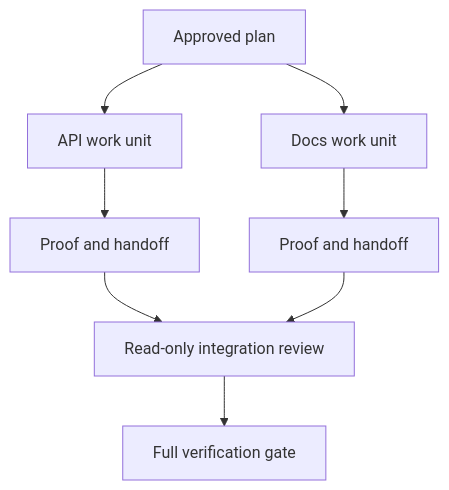
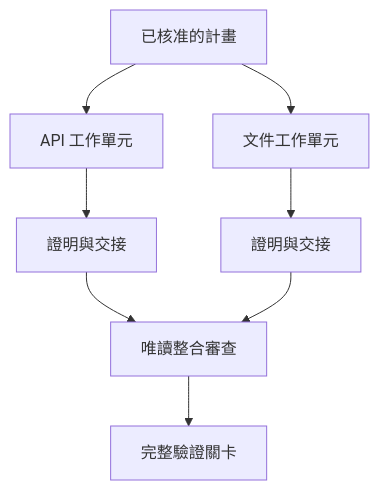
One commit to edward821220/ai-engineering-from-scratch changed the diagram in i18n/zh-TW/phases/14-agent-engineering/45-delegate-with-isolation/docs/zh-TW.md. Above: the diagram before and after it, drawn with Mermaid. The commit also changed other lines of this file and 43 other files, not shown here.

````diff
--- a/i18n/zh-TW/phases/14-agent-engineering/45-delegate-with-isolation/docs/zh-TW.md
+++ b/i18n/zh-TW/phases/14-agent-engineering/45-delegate-with-isolation/docs/zh-TW.md
@@ -51,10 +51,10 @@
 ```mermaid
 flowchart TD
-  P[Approved plan] --> A[API work unit]
-  P --> D[Docs work unit]
-  A --> H1[Proof and handoff]
-  D --> H2[Proof and handoff]
-  H1 --> R[Read-only integration review]
+  P[已核准的計畫] --> A[API 工作單元]
+  P --> D[文件工作單元]
+  A --> H1[證明與交接]
+  D --> H2[證明與交接]
+  H1 --> R[唯讀整合審查]
   H2 --> R
-  R --> G[Full verification gate]
+  R --> G[完整驗證關卡]
 ```
````
